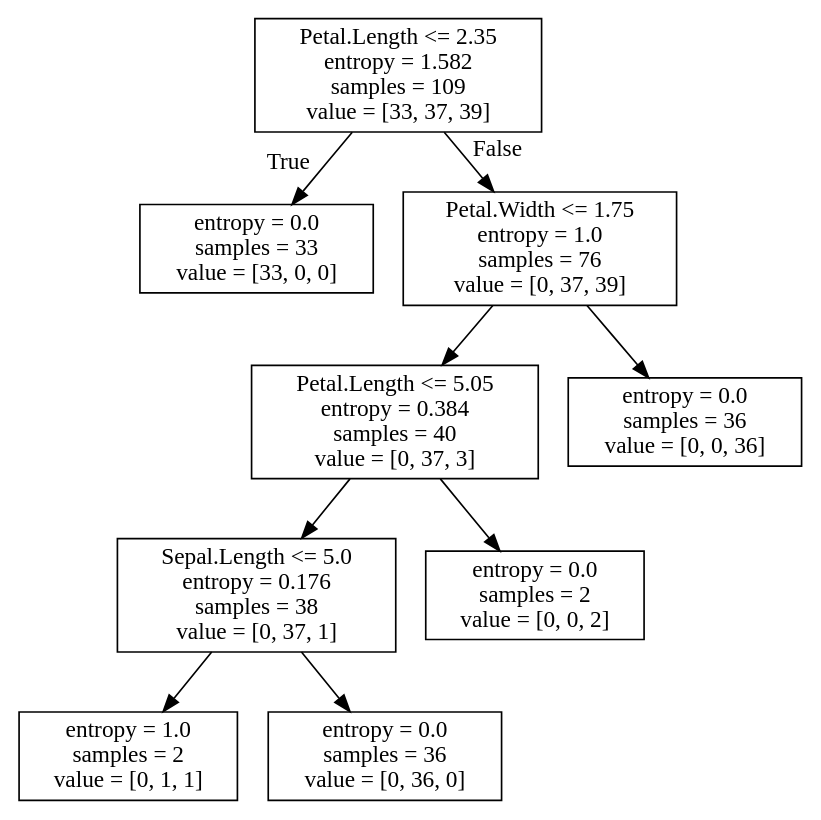
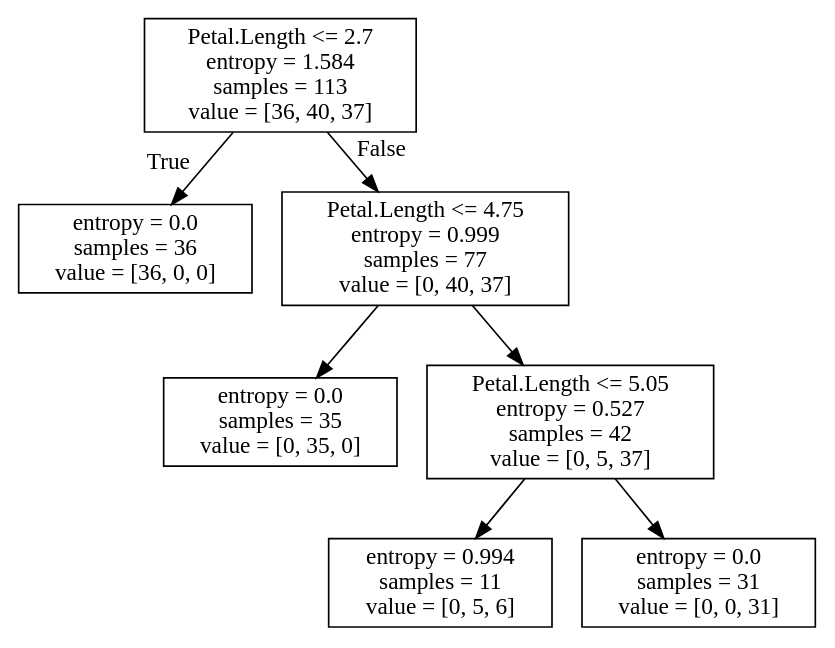
The diagram in python-ml/notebooks/resources/iris_dtree.dot (JhonFiUNFV/Data_Science_JF), drawn with Graphviz before and after one commit. The commit also changed 1 other file, not shown here.

```diff
--- a/python-ml/notebooks/resources/iris_dtree.dot
+++ b/python-ml/notebooks/resources/iris_dtree.dot
@@ -1,20 +1,16 @@
 digraph Tree {
 node [shape=box] ;
-0 [label="Petal.Length <= 2.35\nentropy = 1.582\nsamples = 109\nvalue = [33, 37, 39]"] ;
-1 [label="entropy = 0.0\nsamples = 33\nvalue = [33, 0, 0]"] ;
+0 [label="Petal.Length <= 2.7\nentropy = 1.584\nsamples = 113\nvalue = [36, 40, 37]"] ;
+1 [label="entropy = 0.0\nsamples = 36\nvalue = [36, 0, 0]"] ;
 0 -> 1 [labeldistance=2.5, labelangle=45, headlabel="True"] ;
-2 [label="Petal.Width <= 1.75\nentropy = 1.0\nsamples = 76\nvalue = [0, 37, 39]"] ;
+2 [label="Petal.Length <= 4.75\nentropy = 0.999\nsamples = 77\nvalue = [0, 40, 37]"] ;
 0 -> 2 [labeldistance=2.5, labelangle=-45, headlabel="False"] ;
-3 [label="Petal.Length <= 5.05\nentropy = 0.384\nsamples = 40\nvalue = [0, 37, 3]"] ;
+3 [label="entropy = 0.0\nsamples = 35\nvalue = [0, 35, 0]"] ;
 2 -> 3 ;
-4 [label="Sepal.Length <= 5.0\nentropy = 0.176\nsamples = 38\nvalue = [0, 37, 1]"] ;
-3 -> 4 ;
-5 [label="entropy = 1.0\nsamples = 2\nvalue = [0, 1, 1]"] ;
+4 [label="Petal.Length <= 5.05\nentropy = 0.527\nsamples = 42\nvalue = [0, 5, 37]"] ;
+2 -> 4 ;
+5 [label="entropy = 0.994\nsamples = 11\nvalue = [0, 5, 6]"] ;
 4 -> 5 ;
-6 [label="entropy = 0.0\nsamples = 36\nvalue = [0, 36, 0]"] ;
+6 [label="entropy = 0.0\nsamples = 31\nvalue = [0, 0, 31]"] ;
 4 -> 6 ;
-7 [label="entropy = 0.0\nsamples = 2\nvalue = [0, 0, 2]"] ;
-3 -> 7 ;
-8 [label="entropy = 0.0\nsamples = 36\nvalue = [0, 0, 36]"] ;
-2 -> 8 ;
 }
```
